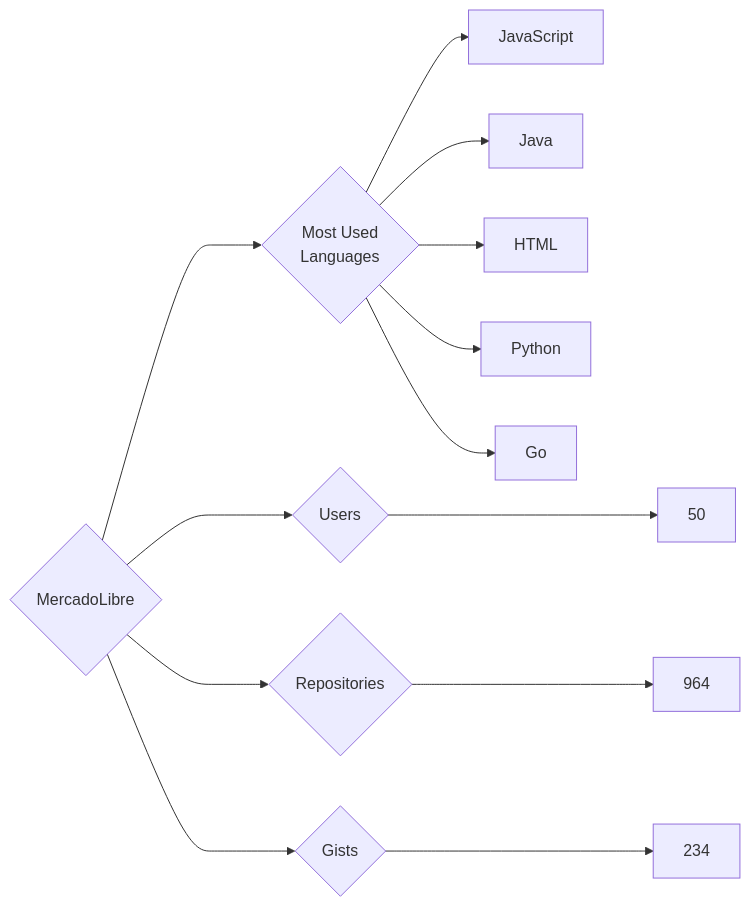
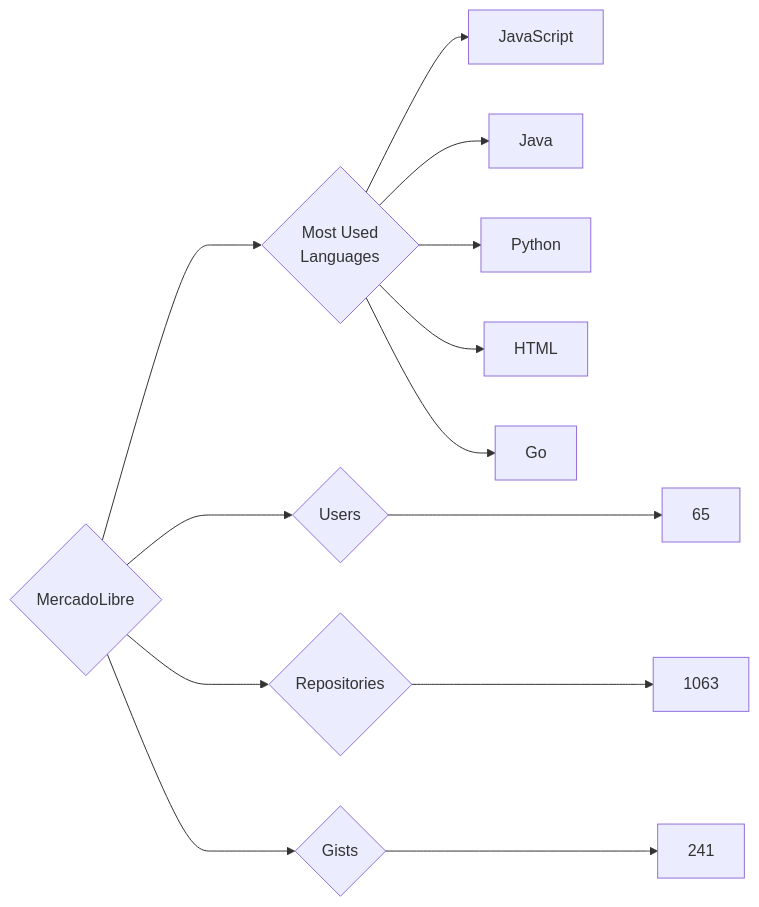
Before and after one commit to trickest/insiders: the diagram in targets/MercadoLibre/README.md, drawn with Mermaid. The commit also changed 920 other files, not shown here.

````diff
--- a/targets/MercadoLibre/README.md
+++ b/targets/MercadoLibre/README.md
@@ -3,13 +3,13 @@
 ```mermaid
 graph LR
 COMPANY_NAME{MercadoLibre}
-COMPANY_NAME ---> U{Users} ---> UN[50]
-COMPANY_NAME ---> R{Repositories} ---> RN[964]
-COMPANY_NAME ---> G{Gists} ---> GN[234]
+COMPANY_NAME ---> U{Users} ---> UN[65]
+COMPANY_NAME ---> R{Repositories} ---> RN[1063]
+COMPANY_NAME ---> G{Gists} ---> GN[241]
 COMPANY_NAME ---> ML{Most Used<br>Languages}
 ML --> JavaScript[JavaScript]
 ML --> Java[Java]
+ML --> Python[Python]
 ML --> HTML[HTML]
-ML --> Python[Python]
 ML --> Go[Go]
 ```
````
